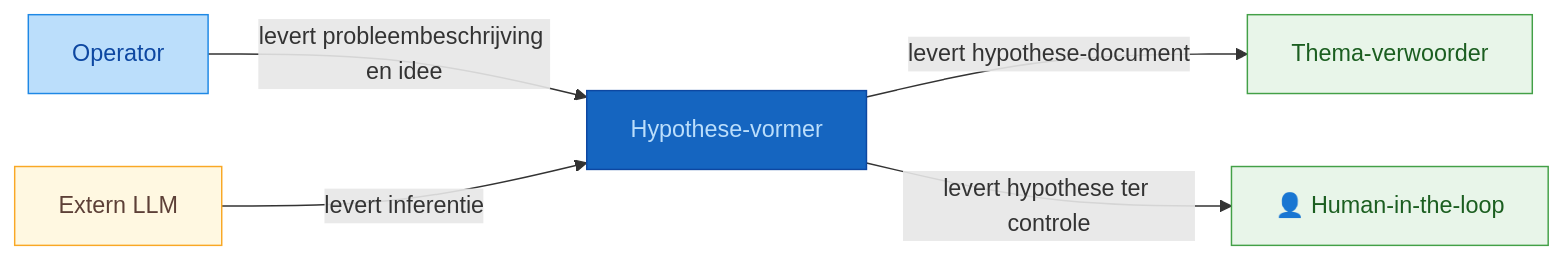
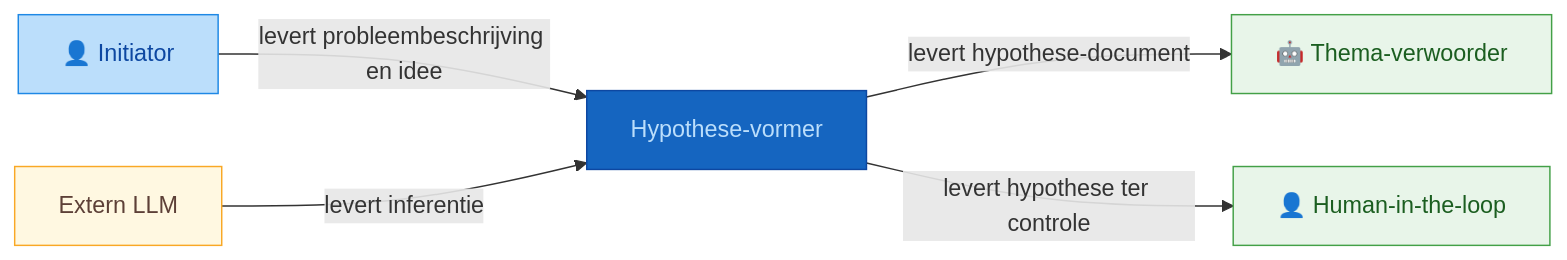
The first of 2 diagrams in artefacten/sfw/sfw.01.hypothese-vormer/hypothese-vormer.beschrijving.md (hans-blok/mandarin-agents), drawn with Mermaid before and after one commit. The commit also changed other lines of this file and 3 other files, not shown here.

````diff
--- a/artefacten/sfw/sfw.01.hypothese-vormer/hypothese-vormer.beschrijving.md
+++ b/artefacten/sfw/sfw.01.hypothese-vormer/hypothese-vormer.beschrijving.md
@@ -15,23 +15,23 @@
 ```mermaid
 flowchart LR
-    operator["Operator"]
+    initiator["👤 Initiator"]
     hypothese["Hypothese-vormer"]
-    thema["Thema-verwoorder"]
+    thema["🤖 Thema-verwoorder"]
     llm["Extern LLM"]
     human["👤 Human-in-the-loop"]
 
-    operator -->|levert probleembeschrijving en idee| hypothese
+    initiator -->|levert probleembeschrijving en idee| hypothese
     llm -->|levert inferentie| hypothese
     hypothese -->|levert hypothese-document| thema
     hypothese -->|levert hypothese ter controle| human
 
     classDef agent-zelf fill:#1565c0,stroke:#0d47a1,color:#bbdefb;
     classDef aanroeper  fill:#bbdefb,stroke:#1e88e5,color:#0d47a1;
     classDef ontvanger  fill:#e8f5e9,stroke:#43a047,color:#1b5e20;
     classDef dienst     fill:#fff8e1,stroke:#f9a825,color:#5d4037;
 
     class hypothese agent-zelf;
-    class operator aanroeper;
+    class initiator aanroeper;
     class thema,human ontvanger;
     class llm dienst;
 ```
````
